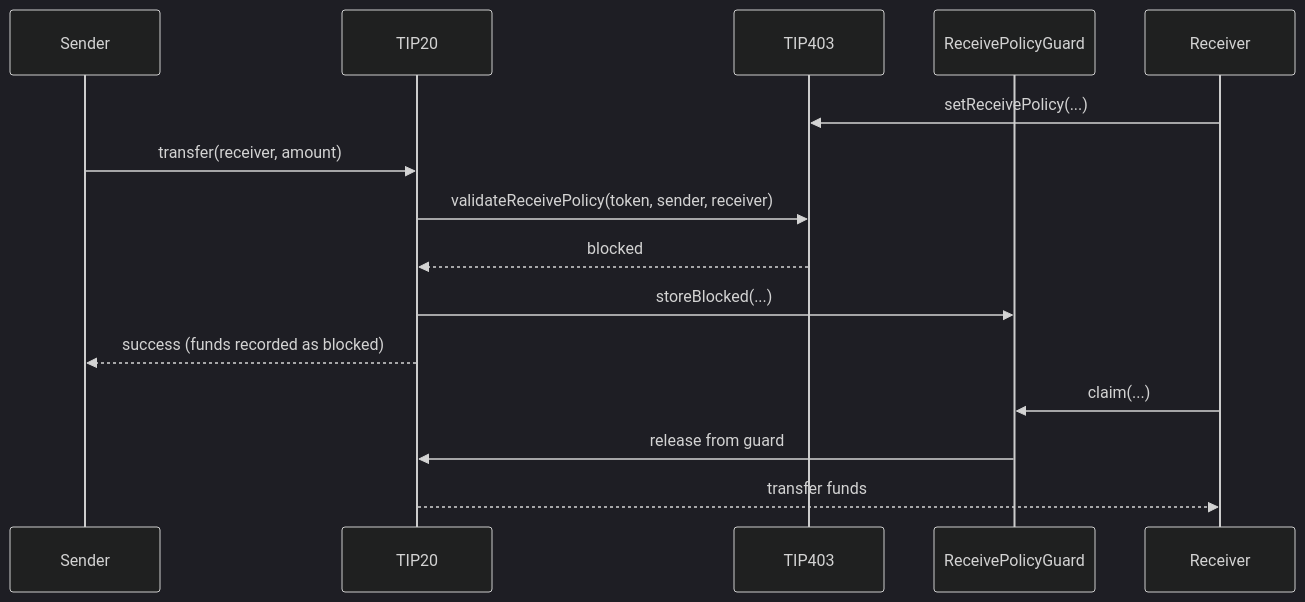
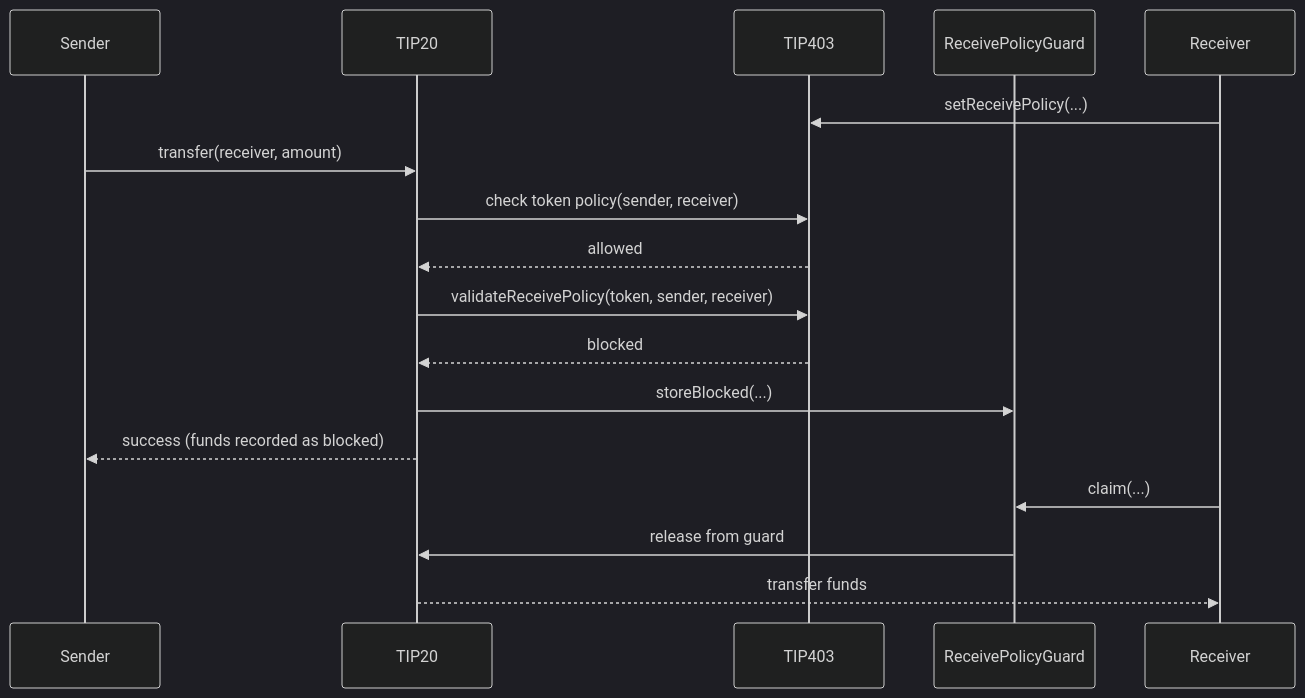
Before and after one commit to tempoxyz/tempo: the first of 2 diagrams in tips/tip-1028.md, drawn with Mermaid (dark theme). The commit also changed other lines of this file, not shown here.

Commit message:
docs(tip-1028): enforce base policy on claims

````diff
--- a/tips/tip-1028.md
+++ b/tips/tip-1028.md
@@ -54,19 +54,21 @@
 ```mermaid
 sequenceDiagram
     participant Sender
     participant TIP20
     participant TIP403
     participant ReceivePolicyGuard
     participant Receiver
 
     Receiver->>TIP403: setReceivePolicy(...)
     Sender->>TIP20: transfer(receiver, amount)
+    TIP20->>TIP403: check token policy(sender, receiver)
+    TIP403-->>TIP20: allowed
     TIP20->>TIP403: validateReceivePolicy(token, sender, receiver)
     TIP403-->>TIP20: blocked
     TIP20->>ReceivePolicyGuard: storeBlocked(...)
     TIP20-->>Sender: success (funds recorded as blocked)
 
     Receiver->>ReceivePolicyGuard: claim(...)
     ReceivePolicyGuard->>TIP20: release from guard
     TIP20-->>Receiver: transfer funds
 ```
````
